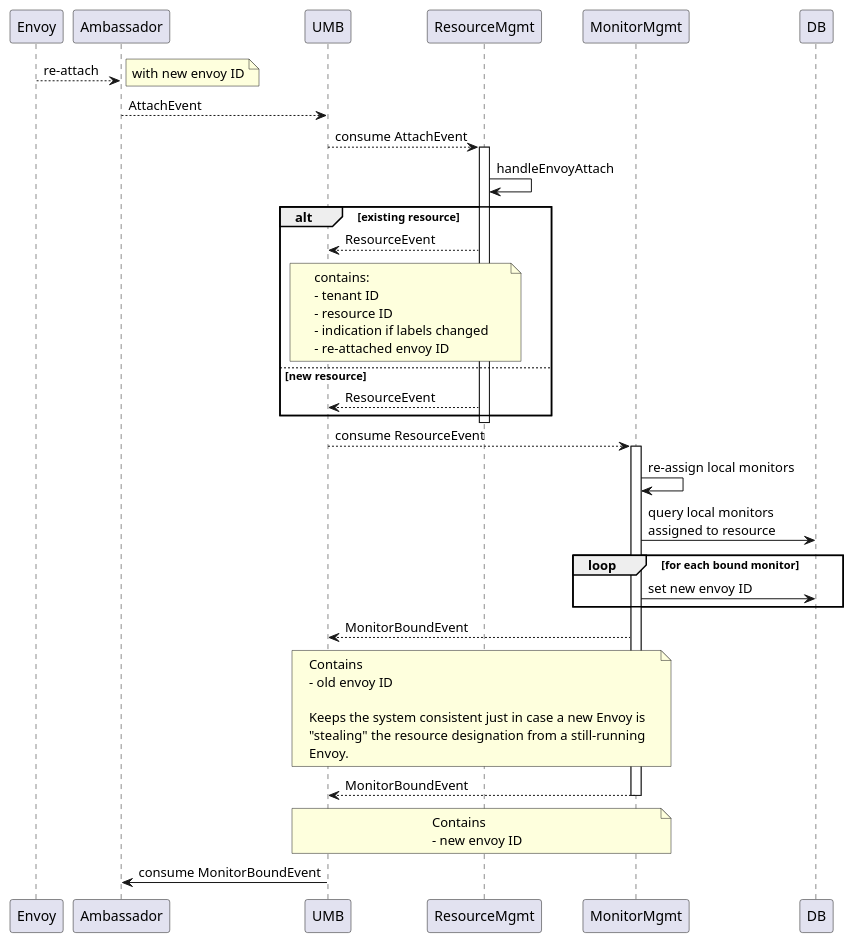
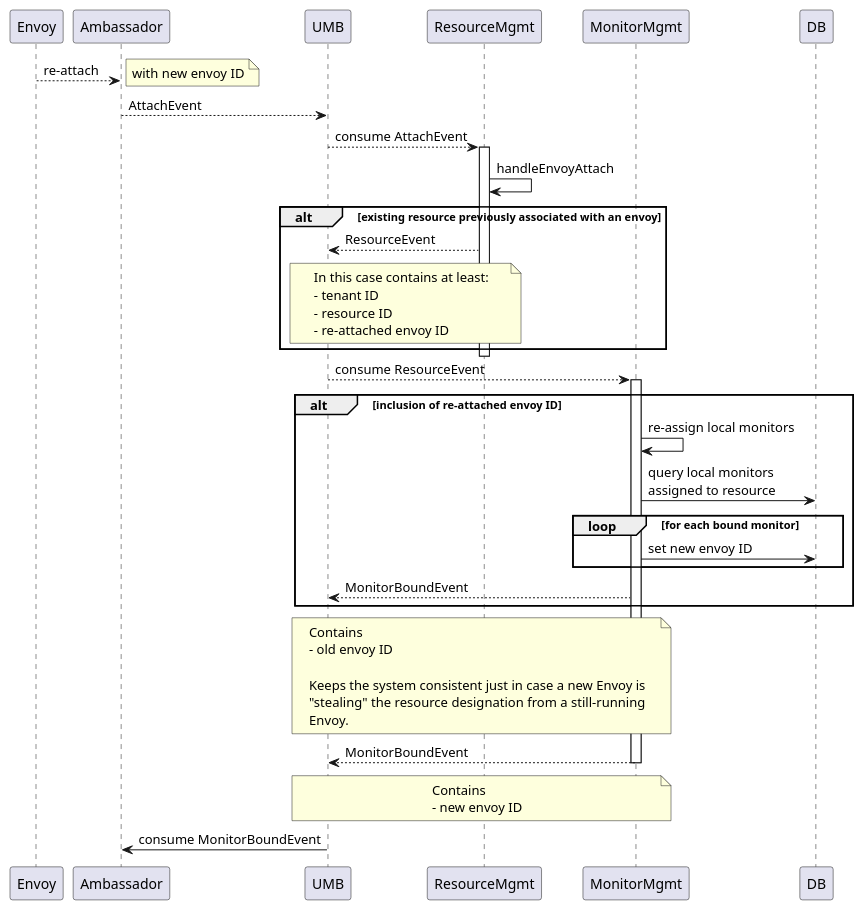
One commit to racker/salus-telemetry-bundle changed the diagram in docs/envoy-reattach-local-monitors.plantuml. Above: the diagram before and after it, drawn with PlantUML.

Commit message:
Clarifying the ResourceEvent handling for reattach use case

```diff
--- a/docs/envoy-reattach-local-monitors.plantuml
+++ b/docs/envoy-reattach-local-monitors.plantuml
@@ -1,60 +1,58 @@
 @startuml
 
 Envoy-->Ambassador: re-attach
 note right: with new envoy ID
 
 Ambassador-->UMB: AttachEvent
 UMB-->ResourceMgmt: consume AttachEvent
 
 activate ResourceMgmt
 
 ResourceMgmt->ResourceMgmt: handleEnvoyAttach
 
-alt existing resource
+alt existing resource previously associated with an envoy
     ResourceMgmt-->UMB: ResourceEvent
 
     note over ResourceMgmt,UMB
-    contains:
+    In this case contains at least:
     - tenant ID
     - resource ID
-    - indication if labels changed
     - re-attached envoy ID
     end note
-
-else new resource
-    ResourceMgmt-->UMB: ResourceEvent
 end
 deactivate ResourceMgmt
 
 UMB-->MonitorMgmt: consume ResourceEvent
 activate MonitorMgmt
-MonitorMgmt->MonitorMgmt: re-assign local monitors
-MonitorMgmt->DB: query local monitors\nassigned to resource
+alt inclusion of re-attached envoy ID
+  MonitorMgmt->MonitorMgmt: re-assign local monitors
+  MonitorMgmt->DB: query local monitors\nassigned to resource
 
-loop for each bound monitor
-    MonitorMgmt->DB: set new envoy ID
+  loop for each bound monitor
+      MonitorMgmt->DB: set new envoy ID
+  end
+
+  MonitorMgmt-->UMB: MonitorBoundEvent
 end
-
-MonitorMgmt-->UMB: MonitorBoundEvent
 
 note over MonitorMgmt,UMB
 Contains
 - old envoy ID
 
 Keeps the system consistent just in case a new Envoy is
 "stealing" the resource designation from a still-running
 Envoy.
 end note
 
 MonitorMgmt-->UMB: MonitorBoundEvent
 
 note over MonitorMgmt,UMB
 Contains
 - new envoy ID
 end note
 
 deactivate MonitorMgmt
 
 UMB->Ambassador: consume MonitorBoundEvent
 
 @enduml
```
